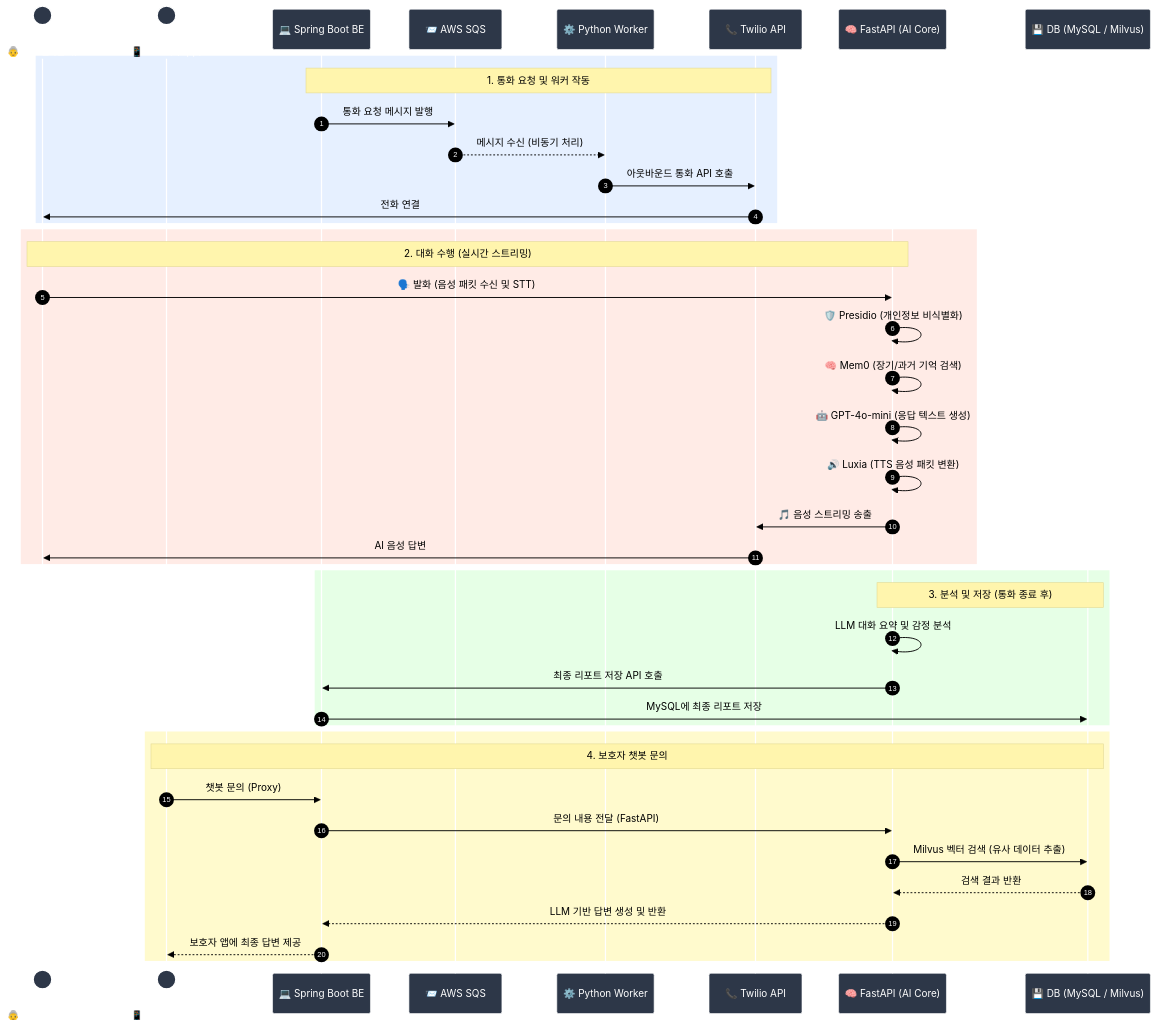
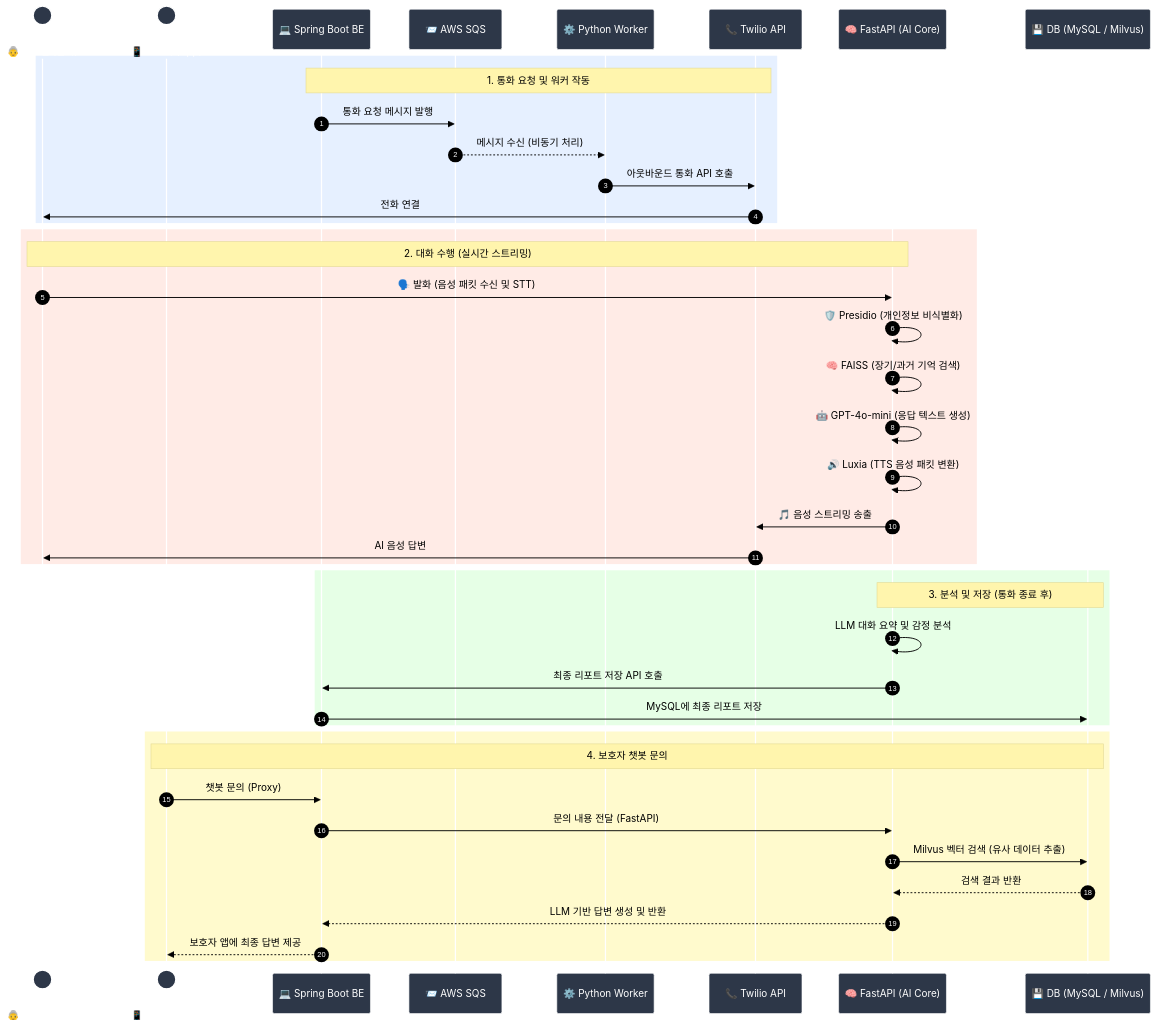
Before and after one commit to Sesac-SaltLux-Final/.github: the second of 2 diagrams in profile/README.md, drawn with Mermaid.

````diff
--- a/profile/README.md
+++ b/profile/README.md
@@ -197,60 +197,60 @@
 ```mermaid
 %%{init: {
   'theme': 'base', 
   'themeVariables': {
     'actorTextColor': '#ffffff', 
     'actorLineColor': '#ffffff', 
     'actorBkg': '#2D3748', 
     'actorBorder': '#ffffff',
     'textColor': '#000000', 
     'messageTextColor': '#000000', 
     'noteTextColor': '#000000'
   }
 }}%%
 sequenceDiagram
     autonumber
     actor Elder as 👵 어르신 (전화)
     actor Guardian as 📱 보호자 (App)
     participant SB as 💻 Spring Boot BE
     participant SQS as 📨 AWS SQS
     participant Worker as ⚙️ Python Worker
     participant Twilio as 📞 Twilio API
     participant AI as 🧠 FastAPI (AI Core)
     participant DB as 💾 DB (MySQL / Milvus)
 
     rect rgb(230, 240, 255)
     Note over SB, Twilio: 1. 통화 요청 및 워커 작동
     SB->>SQS: 통화 요청 메시지 발행
     SQS-->>Worker: 메시지 수신 (비동기 처리)
     Worker->>Twilio: 아웃바운드 통화 API 호출
     Twilio->>Elder: 전화 연결
     end
 
     rect rgb(255, 235, 230)
     Note over Elder, AI: 2. 대화 수행 (실시간 스트리밍)
     Elder->>AI: 🗣️ 발화 (음성 패킷 수신 및 STT)
     AI->>AI: 🛡️ Presidio (개인정보 비식별화)
-    AI->>AI: 🧠 Mem0 (장기/과거 기억 검색)
+    AI->>AI: 🧠 FAISS (장기/과거 기억 검색)
     AI->>AI: 🤖 GPT-4o-mini (응답 텍스트 생성)
     AI->>AI: 🔊 Luxia (TTS 음성 패킷 변환)
     AI->>Twilio: 🎵 음성 스트리밍 송출
     Twilio->>Elder: AI 음성 답변
     end
 
     rect rgb(230, 255, 230)
     Note over AI, DB: 3. 분석 및 저장 (통화 종료 후)
     AI->>AI: LLM 대화 요약 및 감정 분석
     AI->>SB: 최종 리포트 저장 API 호출
     SB->>DB: MySQL에 최종 리포트 저장
     end
 
     rect rgb(255, 250, 205)
     Note over Guardian, DB: 4. 보호자 챗봇 문의
     Guardian->>SB: 챗봇 문의 (Proxy)
     SB->>AI: 문의 내용 전달 (FastAPI)
     AI->>DB: Milvus 벡터 검색 (유사 데이터 추출)
     DB-->>AI: 검색 결과 반환
     AI-->>SB: LLM 기반 답변 생성 및 반환
     SB-->>Guardian: 보호자 앱에 최종 답변 제공
     end
 ```
````
